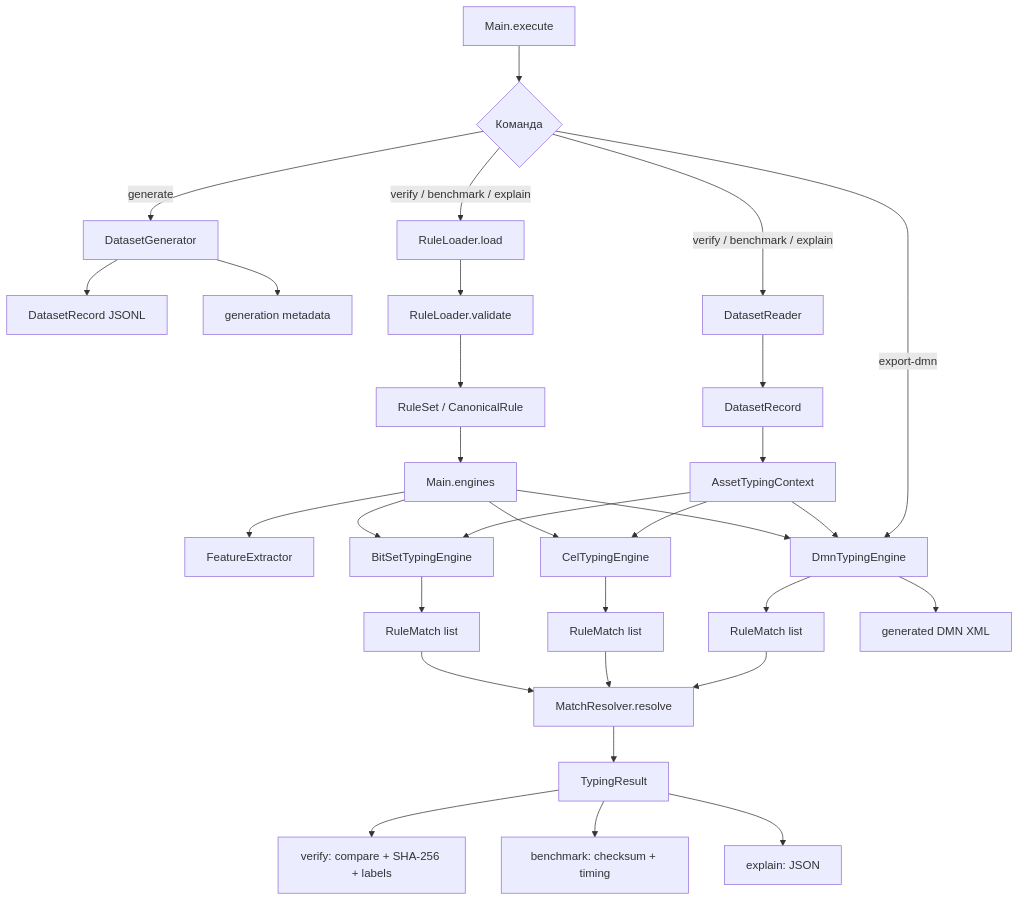
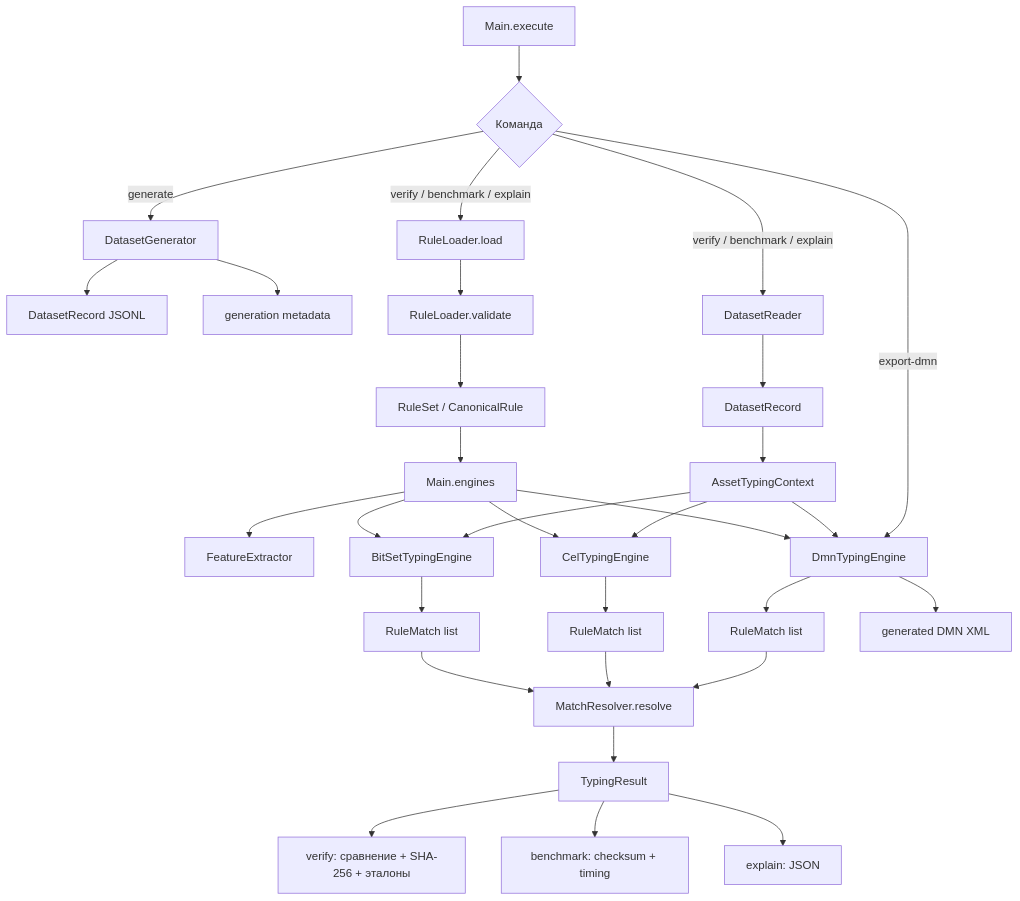
The first of 6 diagrams in docs/IMPLEMENTATION_RU.md (GAbra/itam-asset-typing-benchmark), drawn with Mermaid before and after one commit. The commit also changed other lines of this file, not shown here.

Commit message:
Use Russian flow diagrams and explicit branch labels

````diff
--- a/docs/IMPLEMENTATION_RU.md
+++ b/docs/IMPLEMENTATION_RU.md
@@ -47,31 +47,31 @@
 ```mermaid
 flowchart TD
     CLI[Main.execute] --> CMD{Команда}
     CMD -->|generate| GEN[DatasetGenerator]
     GEN --> JSONL[DatasetRecord JSONL]
     GEN --> META[generation metadata]
     CMD -->|verify / benchmark / explain| LOAD[RuleLoader.load]
     LOAD --> VALID[RuleLoader.validate]
     VALID --> RS[RuleSet / CanonicalRule]
     RS --> BUILD[Main.engines]
     BUILD --> FX[FeatureExtractor]
     BUILD --> B[BitSetTypingEngine]
     BUILD --> C[CelTypingEngine]
     BUILD --> D[DmnTypingEngine]
     CMD -->|verify / benchmark / explain| READ[DatasetReader]
     READ --> REC[DatasetRecord]
     REC --> CTX[AssetTypingContext]
     CTX --> B & C & D
     B --> RB[RuleMatch list]
     C --> RC[RuleMatch list]
     D --> RD[RuleMatch list]
     RB --> RES[MatchResolver.resolve]
     RC --> RES
     RD --> RES
     RES --> TR[TypingResult]
-    TR --> VERIFY[verify: compare + SHA-256 + labels]
+    TR --> VERIFY[verify: сравнение + SHA-256 + эталоны]
     TR --> BENCH[benchmark: checksum + timing]
     TR --> EXPLAIN[explain: JSON]
     CMD -->|export-dmn| D
     D --> DMNXML[generated DMN XML]
 ```
````
